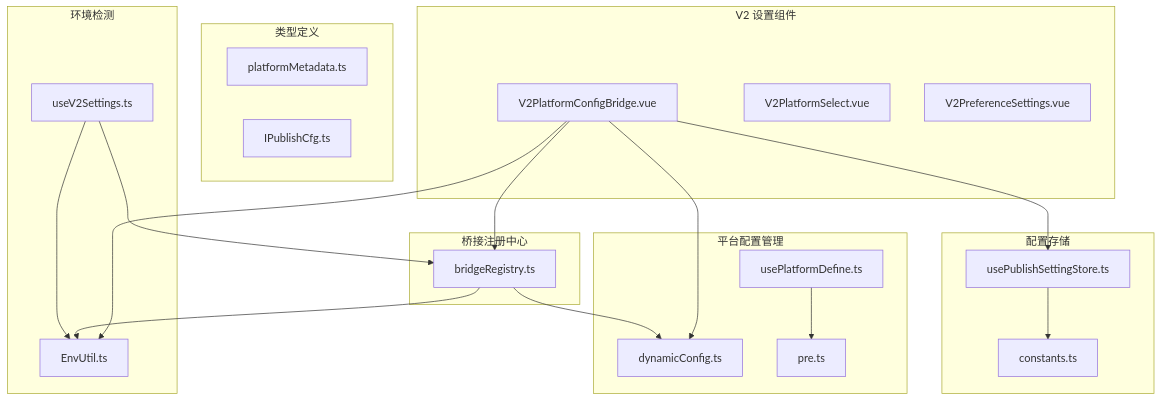
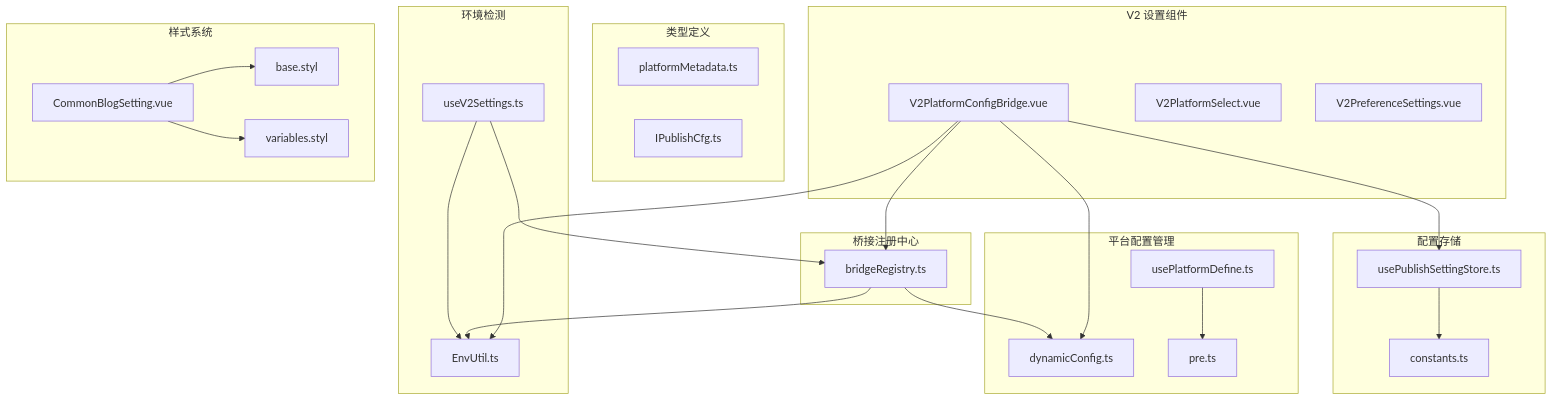
The first of 7 diagrams in .qoder/repowiki/zh/content/V2 平台配置桥组件.md (terwer/siyuan-plugin-publisher), drawn with Mermaid before and after one commit. The commit also changed other lines of this file and 25 other files, not shown here.

````diff
--- a/.qoder/repowiki/zh/content/V2 平台配置桥组件.md
+++ b/.qoder/repowiki/zh/content/V2 平台配置桥组件.md
@@ -56,38 +66,45 @@
 ```mermaid
 graph TB
 subgraph "V2 设置组件"
 A[V2PlatformConfigBridge.vue]
 B[V2PlatformSelect.vue]
 C[V2PreferenceSettings.vue]
 end
 subgraph "桥接注册中心"
 D[bridgeRegistry.ts]
 end
 subgraph "平台配置管理"
 E[dynamicConfig.ts]
 F[usePlatformDefine.ts]
 G[pre.ts]
 end
 subgraph "配置存储"
 H[usePublishSettingStore.ts]
 I[constants.ts]
 end
 subgraph "类型定义"
 J[platformMetadata.ts]
 K[IPublishCfg.ts]
 end
 subgraph "环境检测"
 L[EnvUtil.ts]
 M[useV2Settings.ts]
 end
+subgraph "样式系统"
+N[base.styl]
+O[variables.styl]
+P[CommonBlogSetting.vue]
+end
 A --> D
 A --> E
 A --> H
 A --> L
 D --> E
 D --> L
 F --> G
 H --> I
 M --> D
 M --> L
+P --> N
+P --> O
 ```
````
